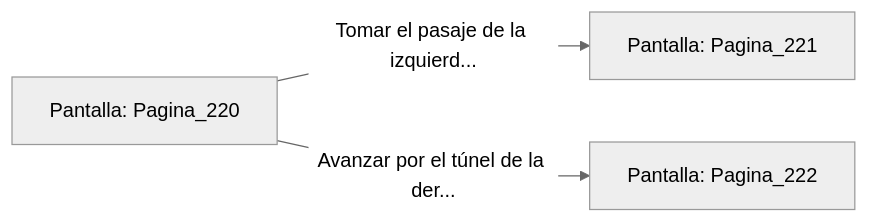
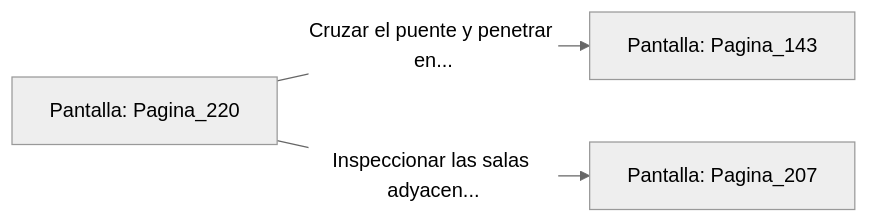
Before and after one commit to metsuke/mpl: the diagram in sample/eligejuego-vault/Pantalla_Pagina_220.md, drawn with Mermaid (neutral theme). The commit also changed other lines of this file and 635 other files, not shown here.

First line of the commit message:
fix: añadir Pagina_1 como pantalla inicial en capitulo_01.mpl

````diff
--- a/sample/eligejuego-vault/Pantalla_Pagina_220.md
+++ b/sample/eligejuego-vault/Pantalla_Pagina_220.md
@@ -20,6 +22,6 @@
 ```mermaid
 graph LR
     P_Pagina_220["Pantalla: Pagina_220"]
-    P_Pagina_220 -->|"Tomar el pasaje de la izquierd..."| P_Pagina_221["Pantalla: Pagina_221"]
-    P_Pagina_220 -->|"Avanzar por el túnel de la der..."| P_Pagina_222["Pantalla: Pagina_222"]
+    P_Pagina_220 -->|"Cruzar el puente y penetrar en..."| P_Pagina_143["Pantalla: Pagina_143"]
+    P_Pagina_220 -->|"Inspeccionar las salas adyacen..."| P_Pagina_207["Pantalla: Pagina_207"]
 ```
````
